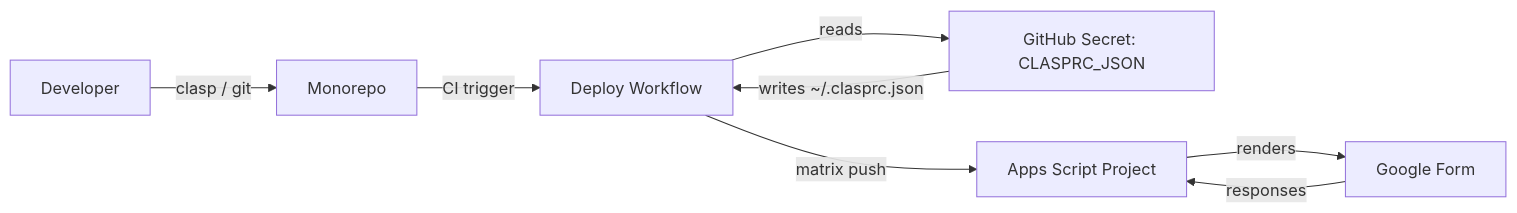
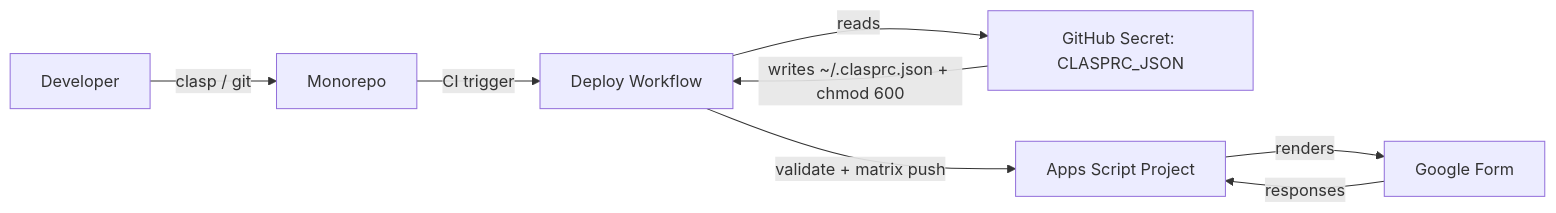
Before and after one commit to muyueh/clasp-from-fresh: the fourth of 5 diagrams in README.md, drawn with Mermaid. The commit also changed other lines of this file and 1 other file, not shown here.

````diff
--- a/README.md
+++ b/README.md
@@ -48,16 +51,16 @@
 ```mermaid
 flowchart LR
     Dev[Developer]
     Repo[Monorepo]
     Secrets[GitHub Secret: CLASPRC_JSON]
     Workflow[Deploy Workflow]
     GAS[Apps Script Project]
     Form[Google Form]
     Dev -->|clasp / git| Repo
     Repo -->|CI trigger| Workflow
     Workflow -->|reads| Secrets
-    Secrets -->|writes ~/.clasprc.json| Workflow
-    Workflow -->|matrix push| GAS
+    Secrets -->|writes ~/.clasprc.json + chmod 600| Workflow
+    Workflow -->|validate + matrix push| GAS
     GAS -->|renders| Form
     Form -->|responses| GAS
 ```
````
